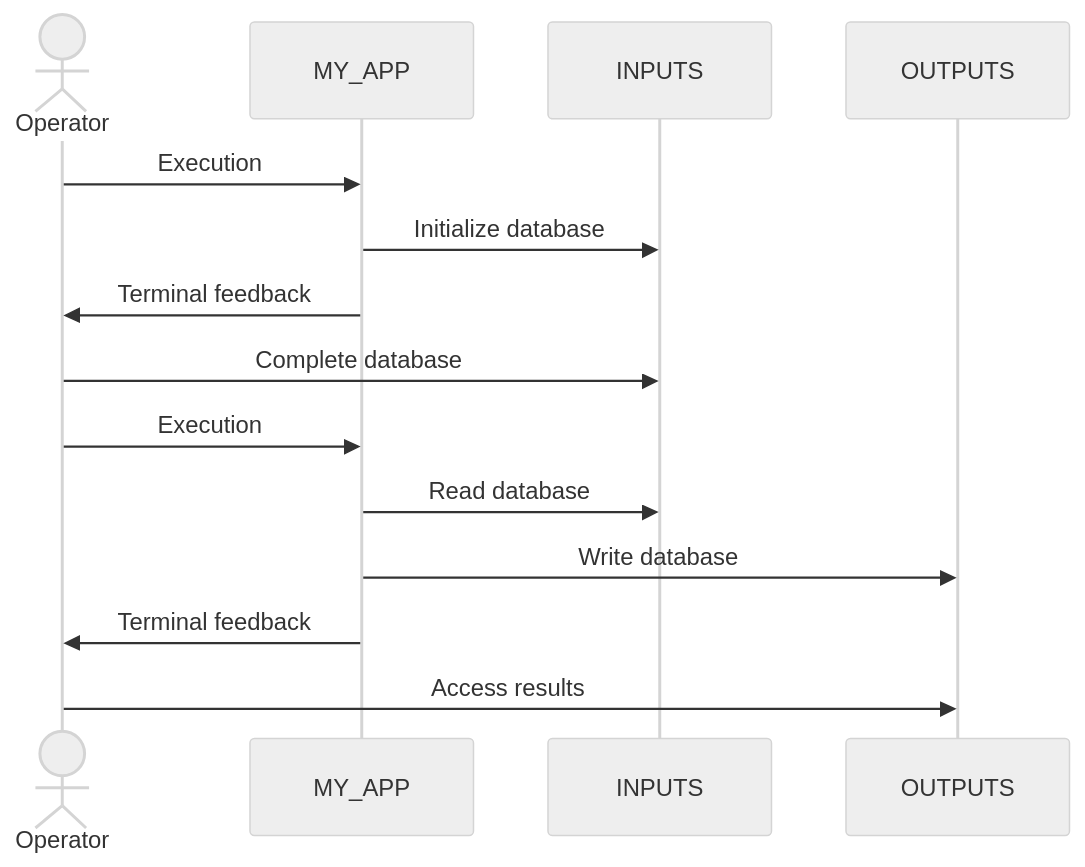
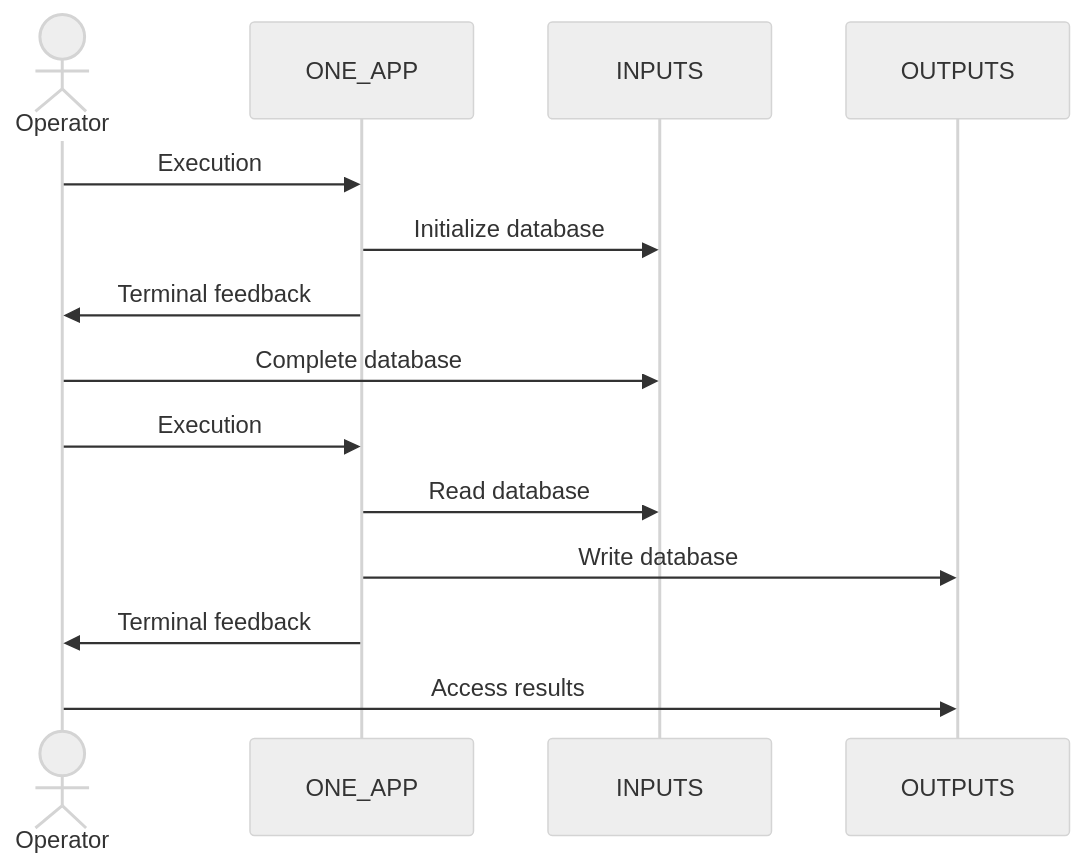
Diagram 13 of 17 in README.md (nuremics/nuremics), drawn with Mermaid (neutral theme) before and after one commit. The commit also changed other lines of this file, not shown here.

````diff
--- a/README.md
+++ b/README.md
@@ -390,13 +390,13 @@
 ```mermaid
 sequenceDiagram
     actor Operator
-    Operator->>MY_APP: Execution
-    MY_APP->>INPUTS: Initialize database
-    MY_APP->>Operator: Terminal feedback
+    Operator->>ONE_APP: Execution
+    ONE_APP->>INPUTS: Initialize database
+    ONE_APP->>Operator: Terminal feedback
     Operator->>INPUTS: Complete database
-    Operator->>MY_APP: Execution
-    MY_APP->>INPUTS: Read database
-    MY_APP->>OUTPUTS: Write database
-    MY_APP->>Operator: Terminal feedback
+    Operator->>ONE_APP: Execution
+    ONE_APP->>INPUTS: Read database
+    ONE_APP->>OUTPUTS: Write database
+    ONE_APP->>Operator: Terminal feedback
     Operator->>OUTPUTS: Access results
 ```
````
